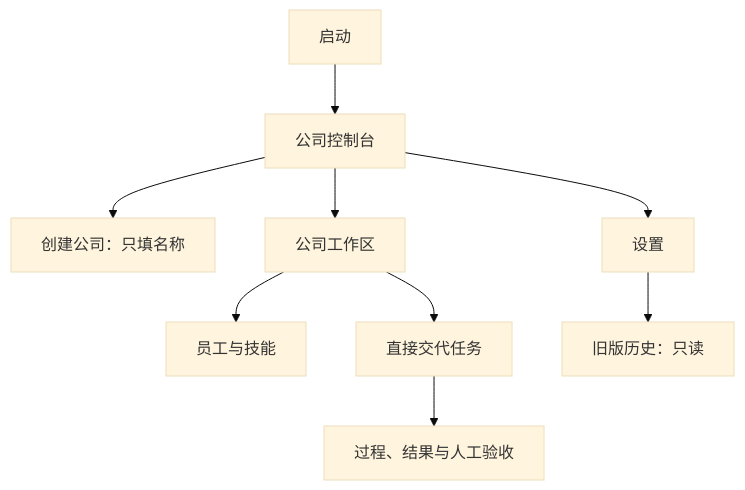
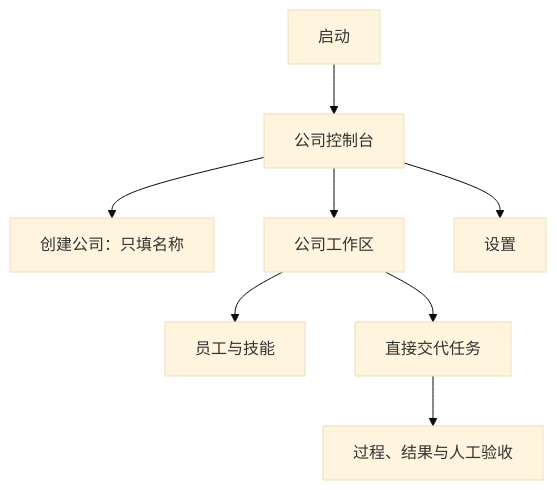
Before and after one commit to banyueban/ai-corporation: the first of 2 diagrams in docs/07-ui/Information-Architecture.md, drawn with Mermaid (base theme). The commit also changed other lines of this file and 15 other files, not shown here.

````diff
--- a/docs/07-ui/Information-Architecture.md
+++ b/docs/07-ui/Information-Architecture.md
@@ -11,11 +11,10 @@
 ```mermaid
 flowchart TD
     START["启动"] --> DASH["公司控制台"]
     DASH --> CREATE["创建公司：只填名称"]
     DASH --> COMPANY["公司工作区"]
     COMPANY --> EMPLOYEE["员工与技能"]
     COMPANY --> TASK["直接交代任务"]
     TASK --> DELIVERY["过程、结果与人工验收"]
     DASH --> SETTINGS["设置"]
-    SETTINGS --> LEGACY["旧版历史：只读"]
 ```
````
